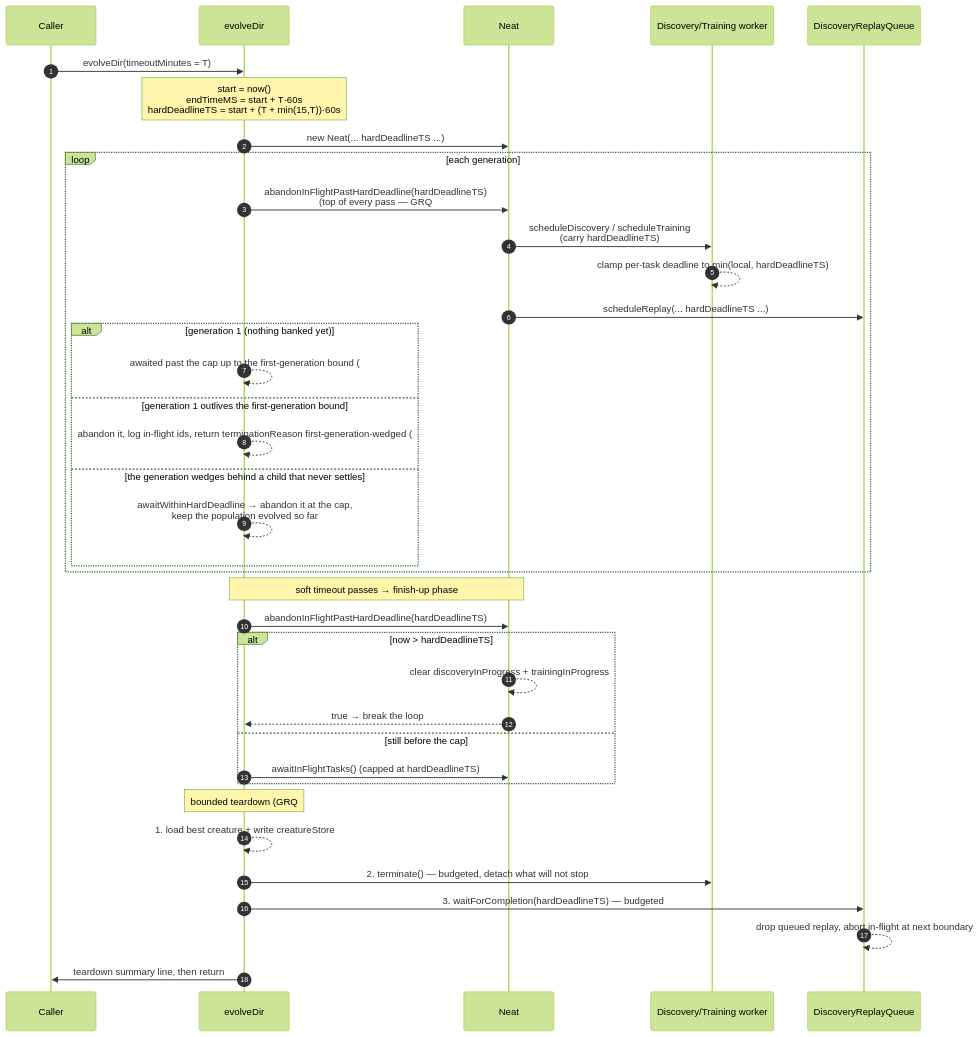
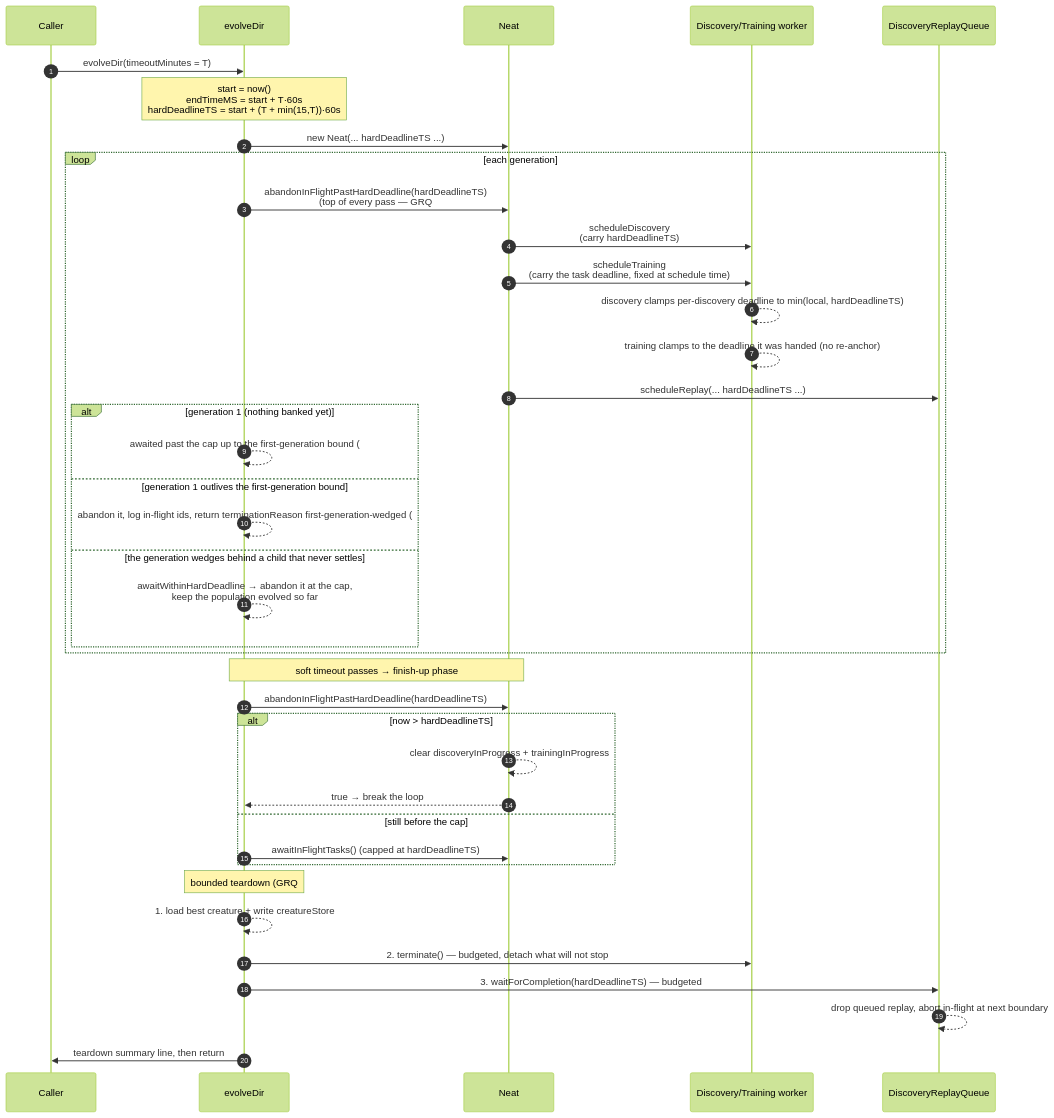
The first of 2 diagrams in docs/TIMEOUTS.md (stSoftwareAU/NEAT-AI), drawn with Mermaid (forest theme) before and after one commit. The commit also changed other lines of this file and 8 other files, not shown here.

First line of the commit message:
Give the training worker and watchdog one immutable task deadline (Issue #4118) (#4123)

````diff
--- a/docs/TIMEOUTS.md
+++ b/docs/TIMEOUTS.md
@@ -323,43 +329,45 @@
 ```mermaid
 sequenceDiagram
     autonumber
     participant Caller
     participant evolveDir
     participant Neat
     participant Worker as Discovery/Training worker
     participant Replay as DiscoveryReplayQueue
 
     Caller->>evolveDir: evolveDir(timeoutMinutes = T)
     Note over evolveDir: start = now()<br/>endTimeMS = start + T·60s<br/>hardDeadlineTS = start + (T + min(15,T))·60s
     evolveDir->>Neat: new Neat(... hardDeadlineTS ...)
 
     loop each generation
         evolveDir->>Neat: abandonInFlightPastHardDeadline(hardDeadlineTS)<br/>(top of every pass — GRQ #4470,<br/>no-op until 1 generation is banked — #3940)
-        Neat->>Worker: scheduleDiscovery / scheduleTraining<br/>(carry hardDeadlineTS)
-        Worker-->>Worker: clamp per-task deadline to min(local, hardDeadlineTS)
+        Neat->>Worker: scheduleDiscovery<br/>(carry hardDeadlineTS)
+        Neat->>Worker: scheduleTraining<br/>(carry the task deadline, fixed at schedule time)
+        Worker-->>Worker: discovery clamps per-discovery deadline to min(local, hardDeadlineTS)
+        Worker-->>Worker: training clamps to the deadline it was handed (no re-anchor)
         Neat->>Replay: scheduleReplay(... hardDeadlineTS ...)
         alt generation 1 (nothing banked yet)
             evolveDir-->>evolveDir: awaited past the cap up to the first-generation bound (#3940, #4053)
         else generation 1 outlives the first-generation bound
             evolveDir-->>evolveDir: abandon it, log in-flight ids, return terminationReason first-generation-wedged (#4053)
         else the generation wedges behind a child that never settles
             evolveDir-->>evolveDir: awaitWithinHardDeadline → abandon it at the cap,<br/>keep the population evolved so far
         end
     end
 
     Note over evolveDir,Neat: soft timeout passes → finish-up phase
     evolveDir->>Neat: abandonInFlightPastHardDeadline(hardDeadlineTS)
     alt now > hardDeadlineTS
         Neat-->>Neat: clear discoveryInProgress + trainingInProgress
         Neat-->>evolveDir: true → break the loop
     else still before the cap
         evolveDir->>Neat: awaitInFlightTasks() (capped at hardDeadlineTS)
     end
 
     Note over evolveDir: bounded teardown (GRQ #4472)
     evolveDir-->>evolveDir: 1. load best creature + write creatureStore
     evolveDir->>Worker: 2. terminate() — budgeted, detach what will not stop
     evolveDir->>Replay: 3. waitForCompletion(hardDeadlineTS) — budgeted
     Replay-->>Replay: drop queued replay, abort in-flight at next boundary
     evolveDir->>Caller: teardown summary line, then return
 ```
````
